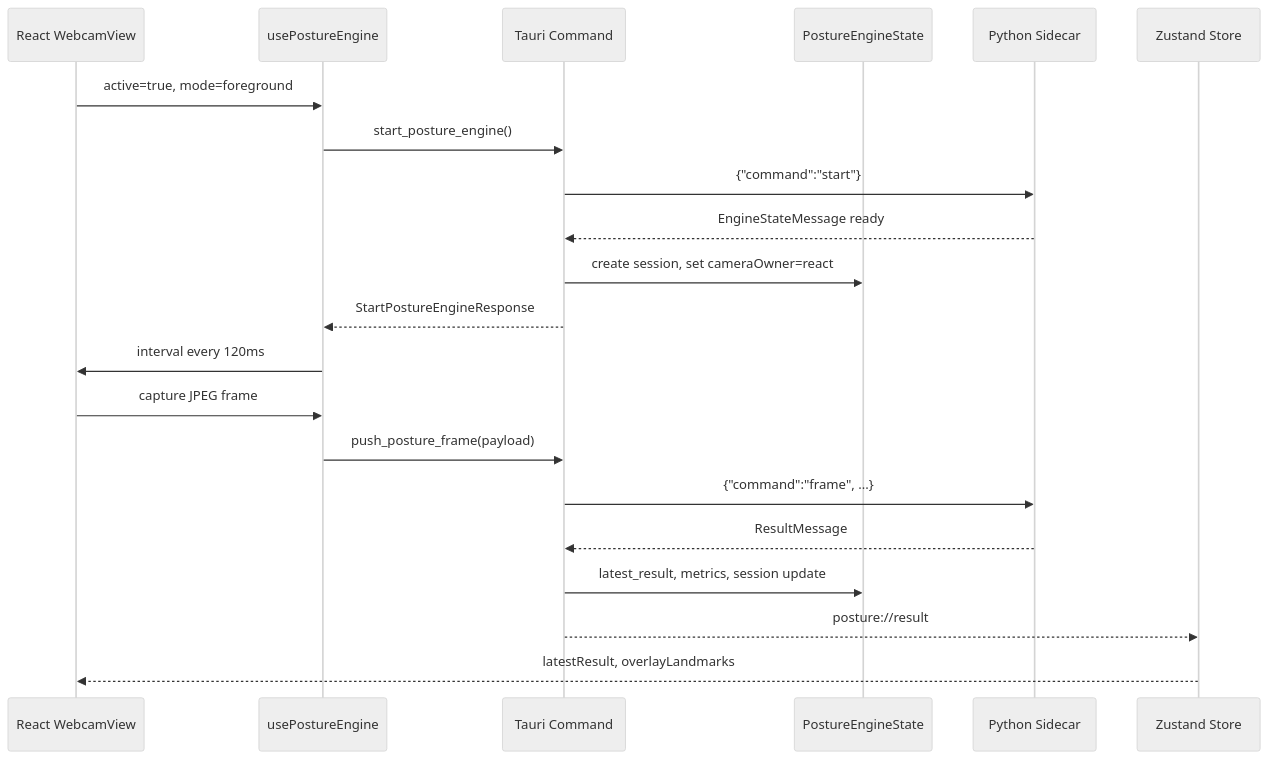
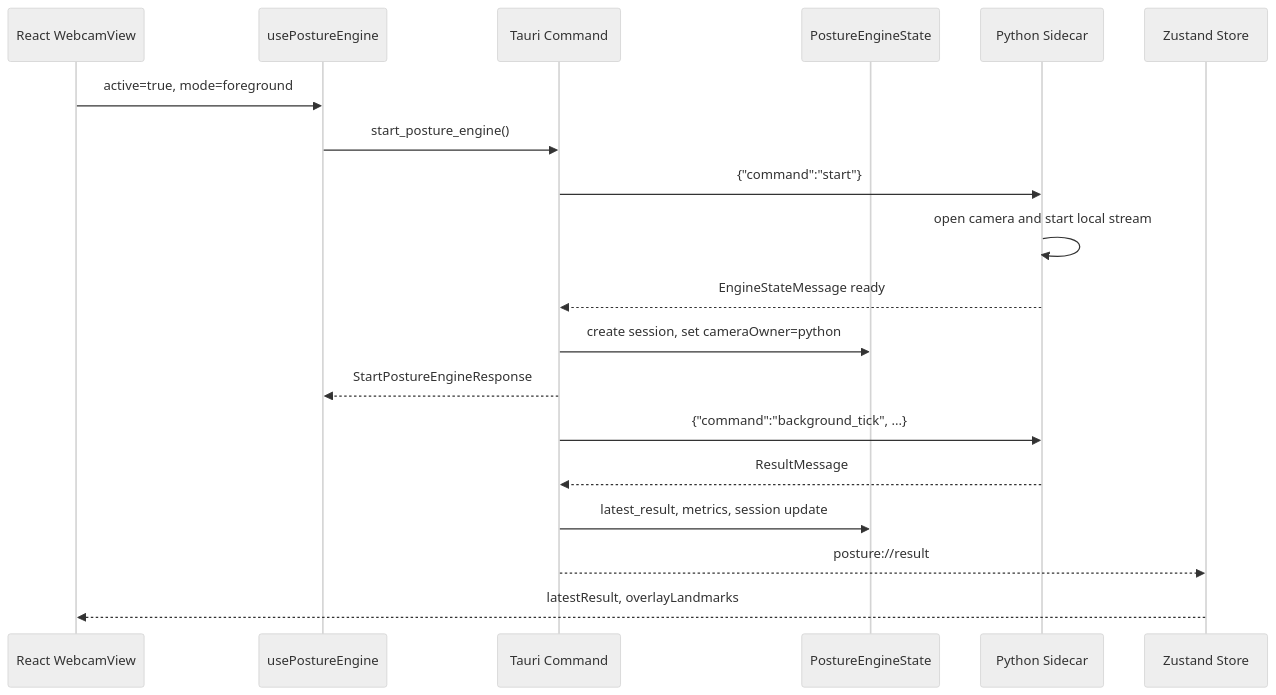
Before and after one commit to choihooo/gbgr-migration: the fourth of 9 diagrams in migration/docs/architecture-overview.md, drawn with Mermaid (neutral theme). The commit also changed other lines of this file and 100 other files, not shown here.

Commit message:
feat: harden camera stream permission flow

````diff
--- a/migration/docs/architecture-overview.md
+++ b/migration/docs/architecture-overview.md
@@ -135,24 +138,22 @@
 ```mermaid
 sequenceDiagram
     participant UI as React WebcamView
     participant Hook as usePostureEngine
     participant Tauri as Tauri Command
     participant State as PostureEngineState
     participant Sidecar as Python Sidecar
     participant Store as Zustand Store
 
     UI->>Hook: active=true, mode=foreground
     Hook->>Tauri: start_posture_engine()
     Tauri->>Sidecar: {"command":"start"}
+    Sidecar->>Sidecar: open camera and start local stream
     Sidecar-->>Tauri: EngineStateMessage ready
-    Tauri->>State: create session, set cameraOwner=react
+    Tauri->>State: create session, set cameraOwner=python
     Tauri-->>Hook: StartPostureEngineResponse
-    Hook->>UI: interval every 120ms
-    UI->>Hook: capture JPEG frame
-    Hook->>Tauri: push_posture_frame(payload)
-    Tauri->>Sidecar: {"command":"frame", ...}
+    Tauri->>Sidecar: {"command":"background_tick", ...}
     Sidecar-->>Tauri: ResultMessage
     Tauri->>State: latest_result, metrics, session update
     Tauri-->>Store: posture://result
     Store-->>UI: latestResult, overlayLandmarks
 ```
````
